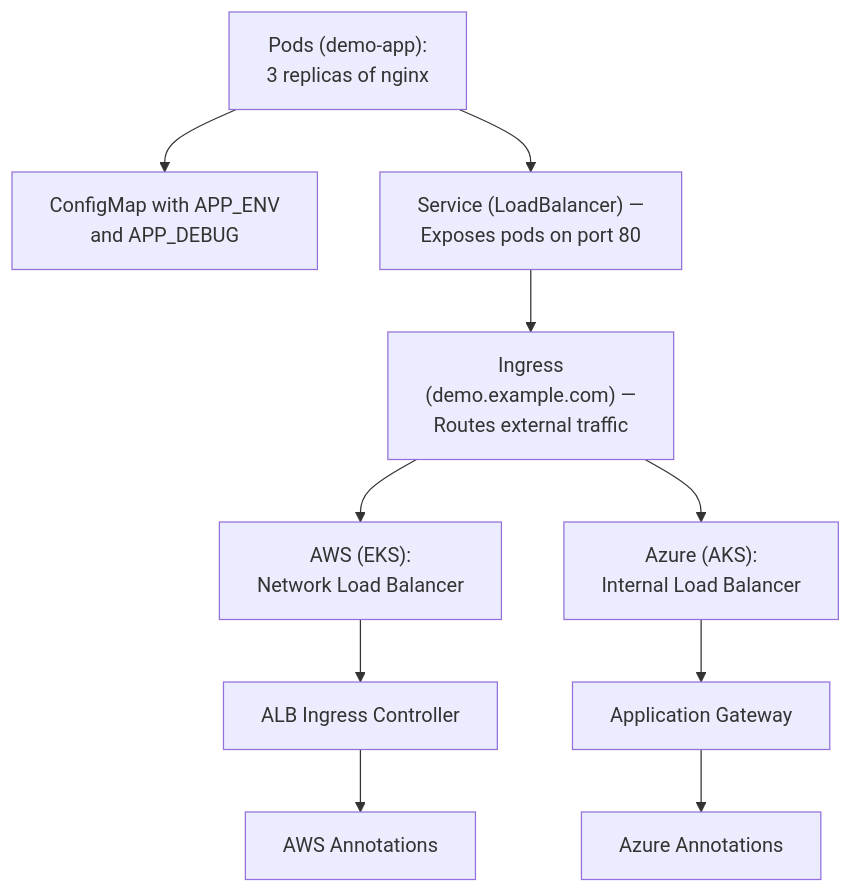
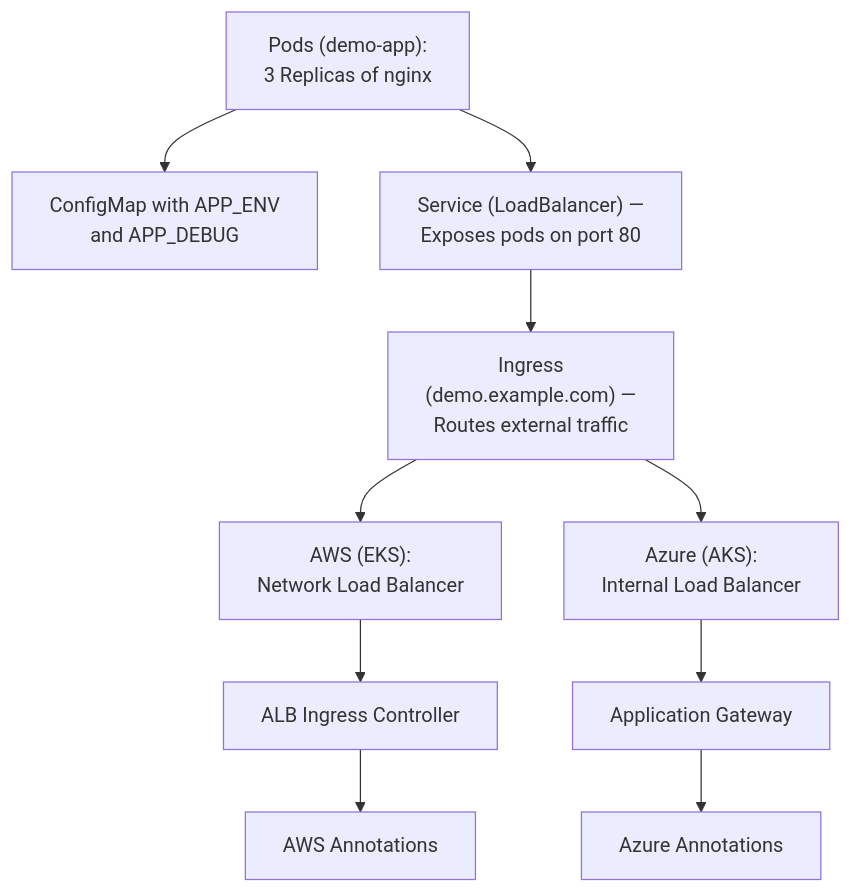
One commit to obintui10/kubernetes-multi-cloud-demo changed the diagram in README.md. Above: the diagram before and after it, drawn with Mermaid.

````diff
--- a/README.md
+++ b/README.md
@@ -98,22 +98,22 @@
 ```mermaid
 flowchart TB
     Pods["Pods (demo-app):
-3 replicas of nginx"] --> Config["ConfigMap with APP_ENV
+3 Replicas of nginx"] --> Config["ConfigMap with APP_ENV
 and APP_DEBUG"]
 
     Pods --> Service["Service (LoadBalancer) —
 Exposes pods on port 80"]
     Service --> Ingress["Ingress
 (demo.example.com) —
 Routes external traffic"]
 
     Ingress --> AWS_NLB["AWS (EKS):
 Network Load Balancer"]
     AWS_NLB --> AWS_ALB["ALB Ingress Controller"]
     AWS_ALB --> AWS_Anno["AWS Annotations"]
 
     Ingress --> Azure_ILB["Azure (AKS):
 Internal Load Balancer"]
     Azure_ILB --> Azure_AppGW["Application Gateway"]
     Azure_AppGW --> Azure_Anno["Azure Annotations"]
 ```
````
